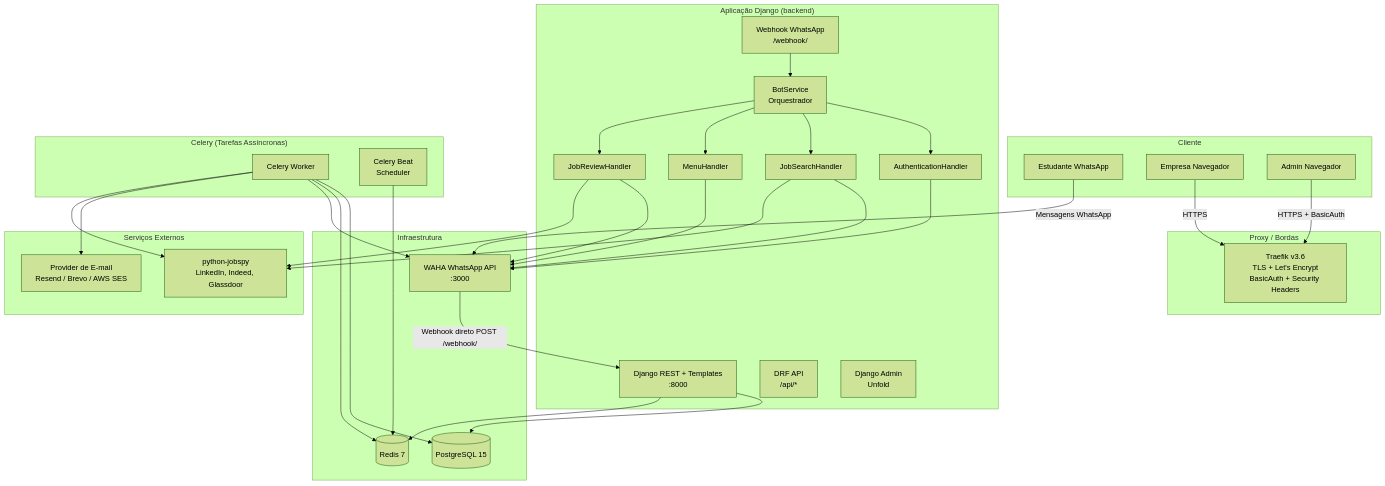
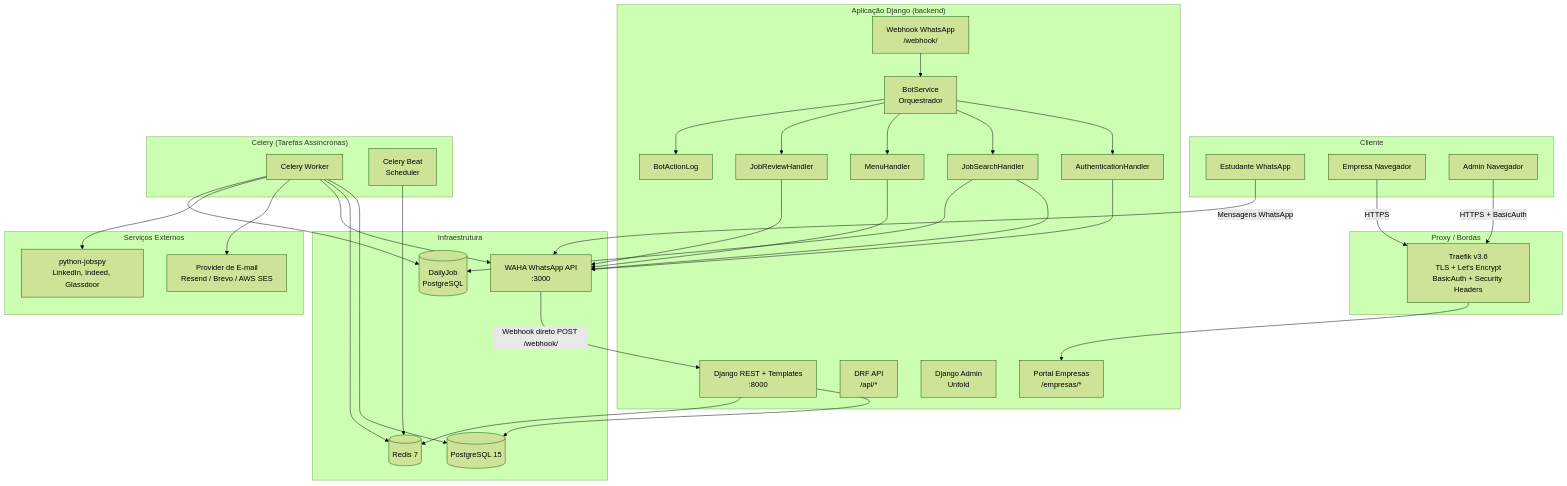
One commit to ErickBonruque/iterbot changed the diagram in docs/architecture/OVERVIEW.md. Above: the diagram before and after it, drawn with Mermaid (forest theme). The commit also changed other lines of this file, not shown here.

````diff
--- a/docs/architecture/OVERVIEW.md
+++ b/docs/architecture/OVERVIEW.md
@@ -11,67 +11,72 @@
 ```mermaid
 graph TB
     subgraph "Cliente"
         STUDENT[Estudante WhatsApp]
         COMPANY[Empresa Navegador]
         ADMIN[Admin Navegador]
     end
 
     subgraph "Proxy / Bordas"
         TRAEFIK[Traefik v3.6<br/>TLS + Let's Encrypt<br/>BasicAuth + Security Headers]
     end
 
     subgraph "Aplicação Django (backend)"
         WEB[Django REST + Templates<br/>:8000]
         API[DRF API<br/>/api/*]
         ADMIN_DJANGO[Django Admin<br/>Unfold]
         WEBHOOK[Webhook WhatsApp<br/>/webhook/]
         BOT_SVC[BotService<br/>Orquestrador]
         AUTH_HNDLR[AuthenticationHandler]
         JOB_HNDLR[JobSearchHandler]
         MENU_HNDLR[MenuHandler]
         REVIEW_HNDLR[JobReviewHandler]
+        BOT_LOG[BotActionLog]
+        COMPANY_PORTAL[Portal Empresas<br/>/empresas/*]
     end
 
     subgraph "Celery (Tarefas Assíncronas)"
         WORKER[Celery Worker]
         BEAT[Celery Beat<br/>Scheduler]
     end
 
     subgraph "Infraestrutura"
         WAHA[WAHA WhatsApp API<br/>:3000]
         DB[(PostgreSQL 15)]
+        DAILY_JOB[(DailyJob<br/>PostgreSQL)]
         REDIS[(Redis 7)]
     end
 
     subgraph "Serviços Externos"
         JOBSAPI[python-jobspy<br/>LinkedIn, Indeed, Glassdoor]
         EMAIL[Provider de E-mail<br/>Resend / Brevo / AWS SES]
     end
 
     STUDENT -->|Mensagens WhatsApp| WAHA
     WAHA -->|Webhook direto POST /webhook/| WEB
     COMPANY -->|HTTPS| TRAEFIK
+    TRAEFIK --> COMPANY_PORTAL
     ADMIN -->|HTTPS + BasicAuth| TRAEFIK
 
     WEBHOOK --> BOT_SVC
     BOT_SVC --> AUTH_HNDLR
     BOT_SVC --> JOB_HNDLR
     BOT_SVC --> MENU_HNDLR
     BOT_SVC --> REVIEW_HNDLR
+    BOT_SVC --> BOT_LOG
 
     AUTH_HNDLR --> WAHA
     JOB_HNDLR --> WAHA
+    JOB_HNDLR --> DAILY_JOB
     MENU_HNDLR --> WAHA
     REVIEW_HNDLR --> WAHA
-    JOB_HNDLR --> JOBSAPI
-    REVIEW_HNDLR --> JOBSAPI
 
     WEB --> DB
     WEB --> REDIS
     WORKER --> DB
     WORKER --> REDIS
     BEAT --> REDIS
     WORKER --> WAHA
     WORKER --> EMAIL
     WORKER --> JOBSAPI
+    WORKER --> DAILY_JOB
 ```
````
